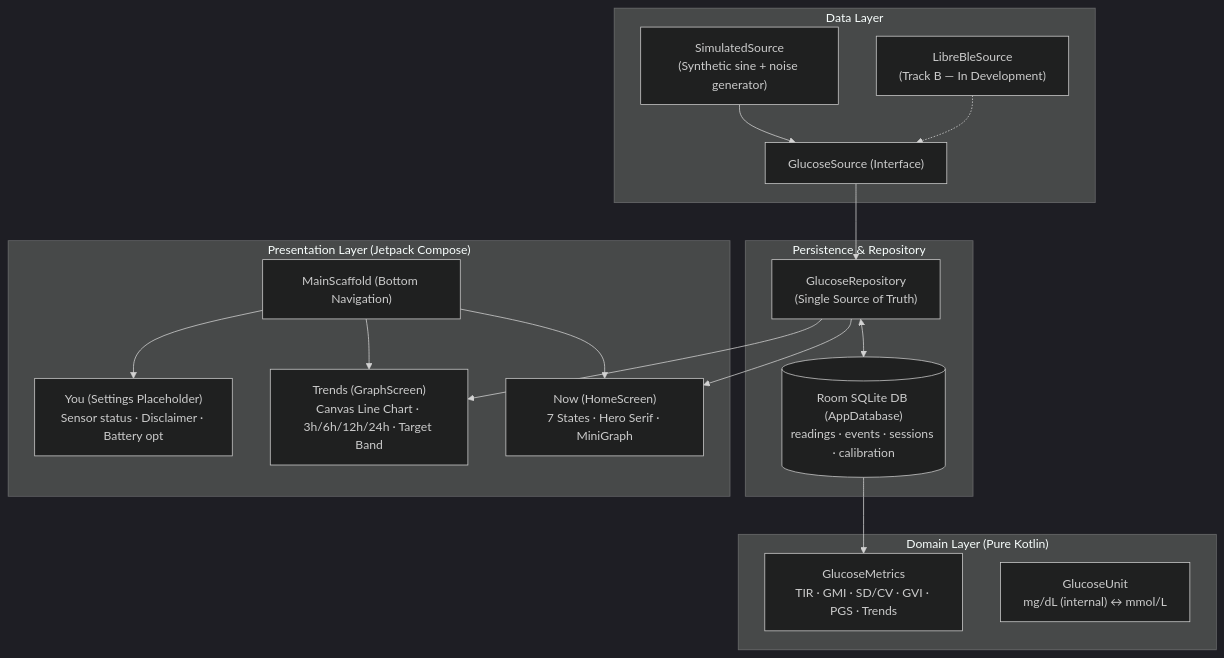
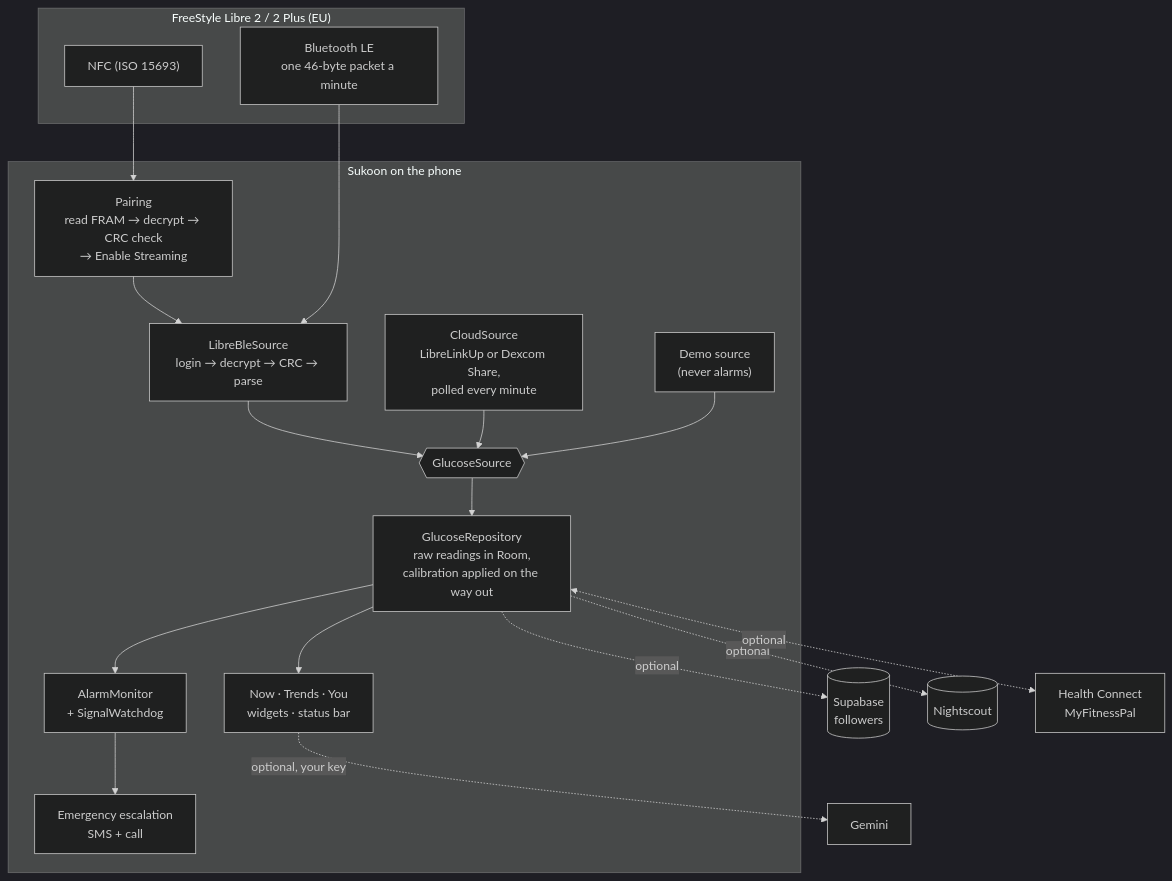
The second of 3 diagrams in README.md (khairyKY/sukoon), drawn with Mermaid (dark theme) before and after one commit. The commit also changed other lines of this file and 9 other files, not shown here.

````diff
--- a/README.md
+++ b/README.md
@@ -167,37 +199,33 @@
 ```mermaid
 flowchart TD
-  subgraph DataLayer["Data Layer"]
-    SRC["GlucoseSource (Interface)"]
-    SIM["SimulatedSource<br/>(Synthetic sine + noise generator)"]
-    BLE["LibreBleSource<br/>(Track B — In Development)"]
-    SIM --> SRC
-    BLE -.-> SRC
+  subgraph Sensor["FreeStyle Libre 2 / 2 Plus (EU)"]
+    NFC["NFC (ISO 15693)"]
+    BLE["Bluetooth LE<br/>one 46-byte packet a minute"]
   end
 
-  subgraph PersistenceLayer["Persistence & Repository"]
-    REPO["GlucoseRepository<br/>(Single Source of Truth)"]
-    SRC --> REPO
-    ROOM[("Room SQLite DB (AppDatabase)<br/>readings · events · sessions · calibration")]
-    REPO <--> ROOM
+  subgraph Phone["Sukoon on the phone"]
+    PAIR["Pairing<br/>read FRAM → decrypt → CRC check<br/>→ Enable Streaming"]
+    SRC["LibreBleSource<br/>login → decrypt → CRC → parse"]
+    CLOUD["CloudSource<br/>LibreLinkUp or Dexcom Share,<br/>polled every minute"]
+    DEMO["Demo source<br/>(never alarms)"]
+    GS{{"GlucoseSource"}}
+    REPO["GlucoseRepository<br/>raw readings in Room,<br/>calibration applied on the way out"]
+    ALARM["AlarmMonitor<br/>+ SignalWatchdog"]
+    UI["Now · Trends · You<br/>widgets · status bar"]
+    EMER["Emergency escalation<br/>SMS + call"]
   end
 
-  subgraph DomainLayer["Domain Layer (Pure Kotlin)"]
-    METRICS["GlucoseMetrics<br/>TIR · GMI · SD/CV · GVI · PGS · Trends"]
-    UNITS["GlucoseUnit<br/>mg/dL (internal) ↔ mmol/L"]
-    ROOM --> METRICS
-  end
+  NFC --> PAIR --> SRC
+  BLE --> SRC
+  SRC --> GS
+  CLOUD --> GS
+  DEMO --> GS
+  GS --> REPO
+  REPO --> UI
+  REPO --> ALARM --> EMER
 
-  subgraph PresentationLayer["Presentation Layer (Jetpack Compose)"]
-    SCAF["MainScaffold (Bottom Navigation)"]
-    NOW["Now (HomeScreen)<br/>7 States · Hero Serif · MiniGraph"]
-    TRENDS["Trends (GraphScreen)<br/>Canvas Line Chart · 3h/6h/12h/24h · Target Band"]
-    YOU["You (Settings Placeholder)<br/>Sensor status · Disclaimer · Battery opt"]
-    
-    SCAF --> NOW
-    SCAF --> TRENDS
-    SCAF --> YOU
-  end
-
-  REPO --> NOW
-  REPO --> TRENDS
+  REPO -. optional .-> SB[("Supabase<br/>followers")]
+  REPO -. optional .-> NS[("Nightscout")]
+  REPO <-. optional .-> HC["Health Connect<br/>MyFitnessPal"]
+  UI -. "optional, your key" .-> GEM["Gemini"]
 ```
````
